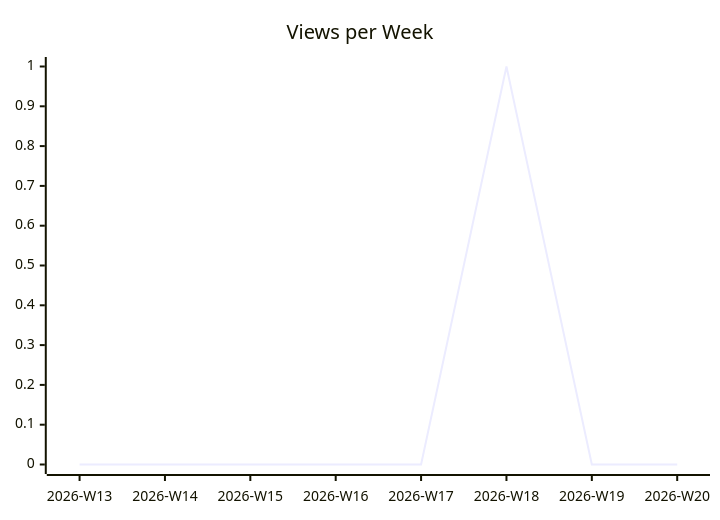
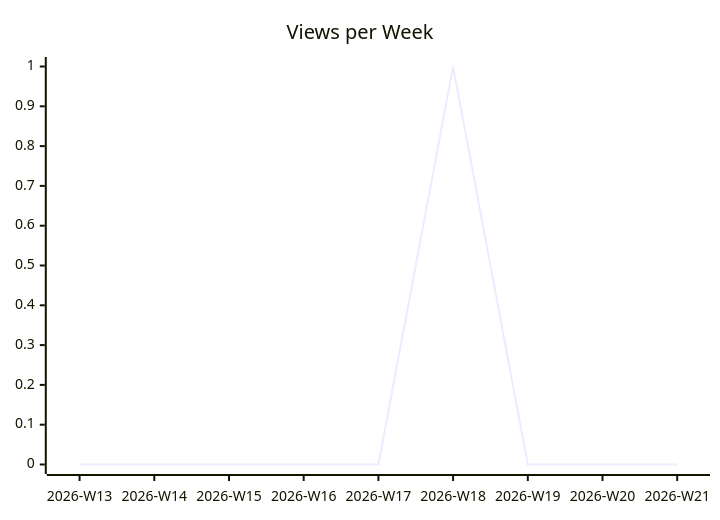
The second of 3 diagrams in karlmdavis/justdavis-karl/README.md (justdavis-family/github-analytics-data), drawn with Mermaid before and after one commit. The commit also changed other lines of this file and 189 other files, not shown here.

````diff
--- a/karlmdavis/justdavis-karl/README.md
+++ b/karlmdavis/justdavis-karl/README.md
@@ -12,6 +12,6 @@
 ```mermaid
 xychart-beta
   title "Views per Week"
-  x-axis ["2026-W13", "2026-W14", "2026-W15", "2026-W16", "2026-W17", "2026-W18", "2026-W19", "2026-W20"]
-  line [0, 0, 0, 0, 0, 1, 0, 0]
+  x-axis ["2026-W13", "2026-W14", "2026-W15", "2026-W16", "2026-W17", "2026-W18", "2026-W19", "2026-W20", "2026-W21"]
+  line [0, 0, 0, 0, 0, 1, 0, 0, 0]
 ```
````
